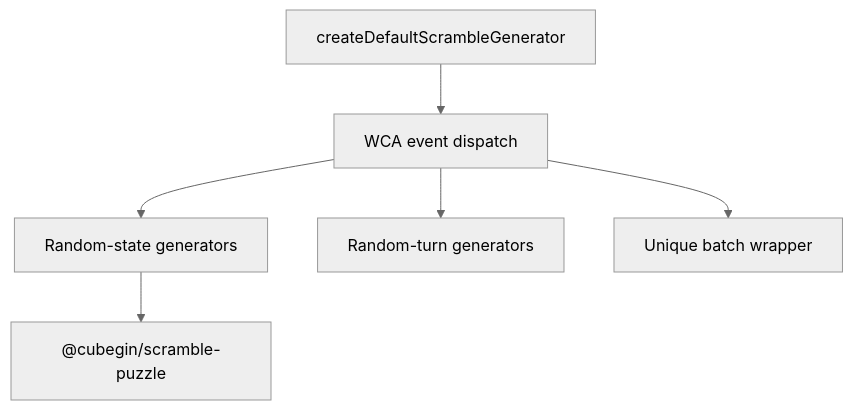
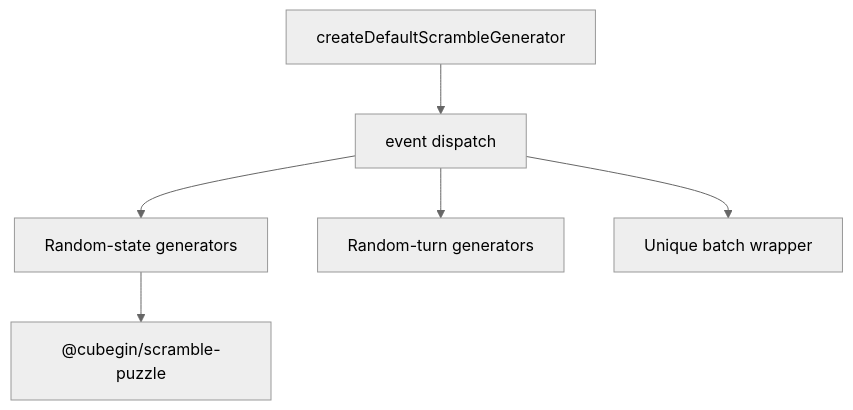
The diagram in docs/packages/scramble-core/index.md (deweyou/cube-kit), drawn with Mermaid (neutral theme) before and after one commit. The commit also changed other lines of this file and 121 other files, not shown here.

````diff
--- a/docs/packages/scramble-core/index.md
+++ b/docs/packages/scramble-core/index.md
@@ -3,8 +3,8 @@
 ```mermaid
 flowchart TD
-    Facade["createDefaultScrambleGenerator"] --> Dispatch["WCA event dispatch"]
+    Facade["createDefaultScrambleGenerator"] --> Dispatch["event dispatch"]
     Dispatch --> RandomState["Random-state generators"]
     Dispatch --> RandomTurns["Random-turn generators"]
     Dispatch --> Batch["Unique batch wrapper"]
     RandomState --> Puzzle["@cubegin/scramble-puzzle"]
 ```
````
